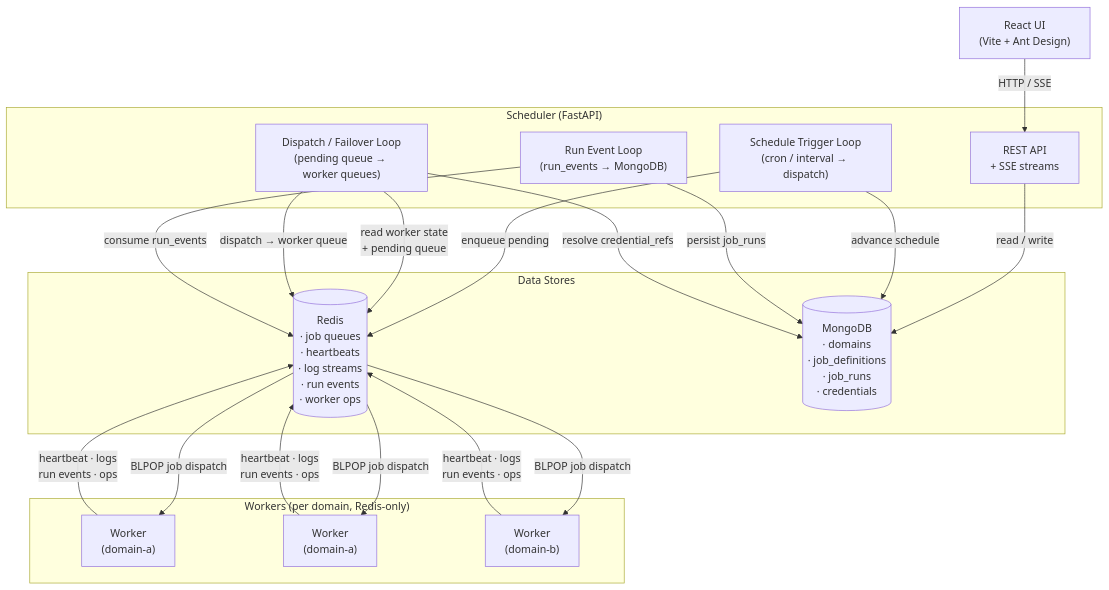
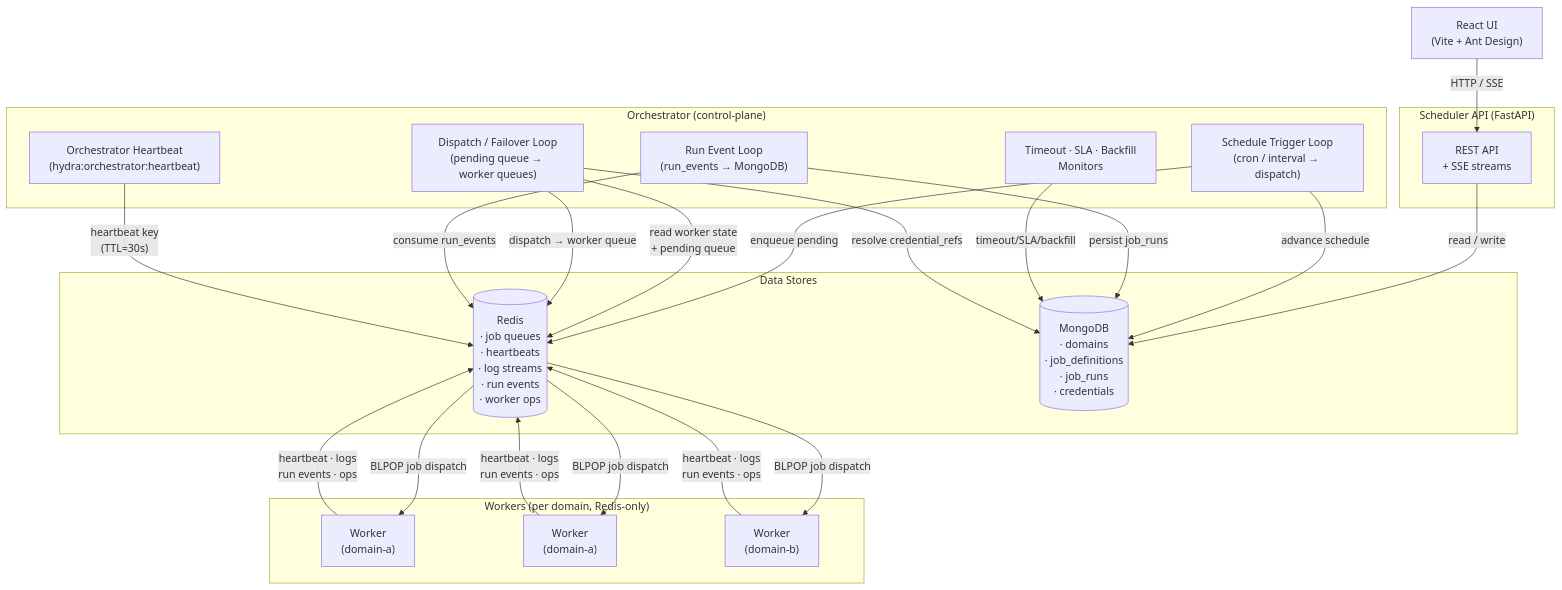
Before and after one commit to punassuming/Hydra: the diagram in docs/architecture.md, drawn with Mermaid. The commit also changed other lines of this file and 8 other files, not shown here.

Commit message:
feat: control-plane pipeline separation (HYDRA_MODE, OrchestratorManager, orchestrator entrypoint, health endpoint)

````diff
--- a/docs/architecture.md
+++ b/docs/architecture.md
@@ -15,47 +61,54 @@
 ```mermaid
 flowchart TB
     UI["React UI\n(Vite + Ant Design)"]
 
-    subgraph Scheduler["Scheduler (FastAPI)"]
+    subgraph APIService["Scheduler API (FastAPI)"]
         API["REST API\n+ SSE streams"]
+    end
+
+    subgraph ControlPlane["Orchestrator (control-plane)"]
         STL["Schedule Trigger Loop\n(cron / interval → dispatch)"]
         DFL["Dispatch / Failover Loop\n(pending queue → worker queues)"]
         REL["Run Event Loop\n(run_events → MongoDB)"]
+        MON["Timeout · SLA · Backfill\nMonitors"]
+        HB["Orchestrator Heartbeat\n(hydra:orchestrator:heartbeat)"]
     end
 
     subgraph Stores["Data Stores"]
         Redis[("Redis\n· job queues\n· heartbeats\n· log streams\n· run events\n· worker ops")]
         MongoDB[("MongoDB\n· domains\n· job_definitions\n· job_runs\n· credentials")]
     end
 
     subgraph WorkerPool["Workers (per domain, Redis-only)"]
         WA1["Worker\n(domain-a)"]
         WA2["Worker\n(domain-a)"]
         WB1["Worker\n(domain-b)"]
     end
 
     %% UI ↔ Scheduler
     UI -- "HTTP / SSE" --> API
     API -- "read / write" --> MongoDB
 
-    %% Scheduler internal loops ↔ Redis + MongoDB
+    %% Orchestrator loops ↔ Redis + MongoDB
     STL -- "advance schedule" --> MongoDB
     STL -- "enqueue pending" --> Redis
     DFL -- "read worker state\n+ pending queue" --> Redis
     DFL -- "dispatch → worker queue" --> Redis
     REL -- "consume run_events" --> Redis
     REL -- "persist job_runs" --> MongoDB
+    MON -- "timeout/SLA/backfill" --> MongoDB
+    HB -- "heartbeat key\n(TTL=30s)" --> Redis
 
     %% Scheduler resolves credentials at dispatch time
     DFL -- "resolve credential_refs" --> MongoDB
 
     %% Redis → Workers (job dispatch)
     Redis -- "BLPOP job dispatch" --> WA1
     Redis -- "BLPOP job dispatch" --> WA2
     Redis -- "BLPOP job dispatch" --> WB1
 
     %% Workers → Redis (heartbeat / logs / events)
     WA1 -- "heartbeat · logs\nrun events · ops" --> Redis
     WA2 -- "heartbeat · logs\nrun events · ops" --> Redis
     WB1 -- "heartbeat · logs\nrun events · ops" --> Redis
 ```
````
